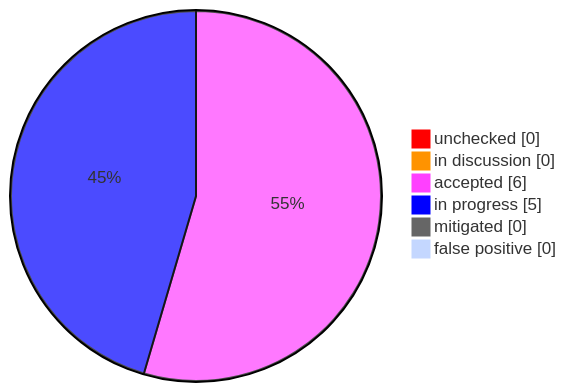
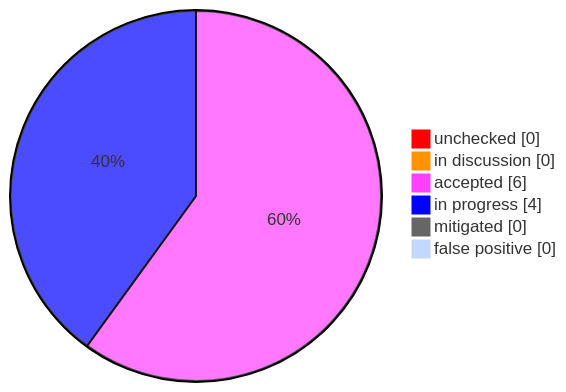
Before and after one commit to Luv1881/Threat-model: the second of 2 diagrams in threagile/output/vast/adocReport/010_ManagementSummary.adoc, drawn with Mermaid. The commit also changed other lines of this file and 312 other files, not shown here.

```diff
--- a/threagile/output/vast/adocReport/010_ManagementSummary.adoc
+++ b/threagile/output/vast/adocReport/010_ManagementSummary.adoc
@@ -35,11 +35,11 @@
 [mermaid]
 ....
 %%{init: {'pie' : {'textPosition' : 0.5}, 'theme': 'base', 'themeVariables': { 'pie1': '#FF0000', 'pie2': '#FF9300', 'pie3': '#FF40FF', 'pie4': '#0000FF', 'pie5': '#008F00', 'pie5': '#666666'}}}%%
 pie showData
   "unchecked" : 0
   "in discussion" : 0
   "accepted" : 6
-  "in progress" : 5
+  "in progress" : 4
   "mitigated" : 0
   "false positive" : 0
 ....
```
